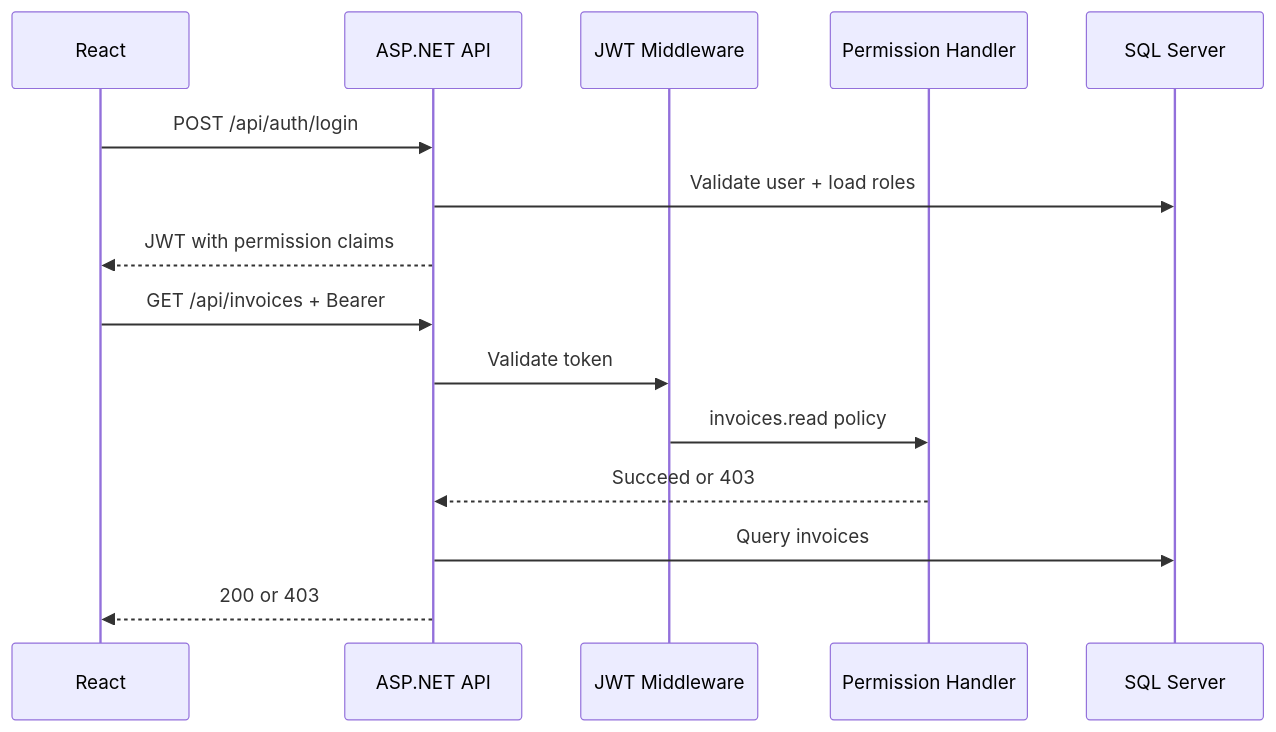
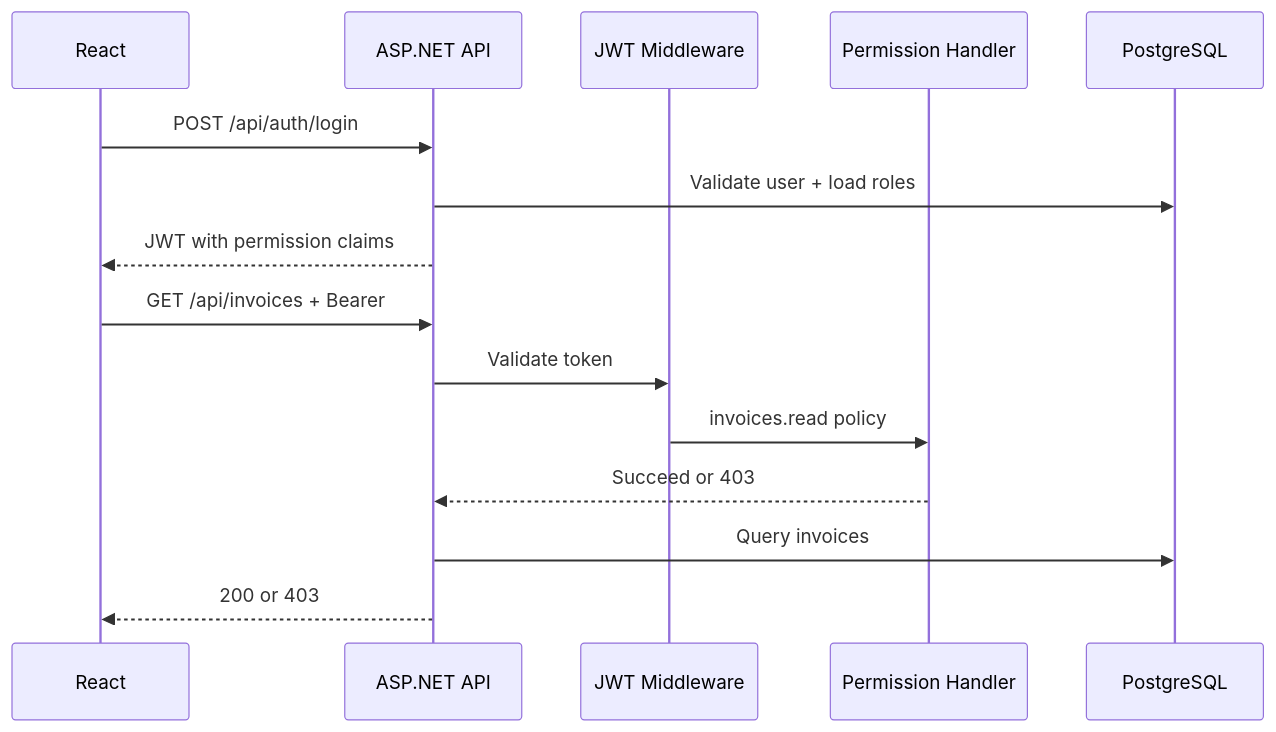
The second of 2 diagrams in docs/ARCHITECTURE.md (Harshad1732/AccessHub), drawn with Mermaid before and after one commit. The commit also changed 11 other files, not shown here.

First line of the commit message:
Switch database provider from SQL Server to PostgreSQL (Npgsql)

````diff
--- a/docs/ARCHITECTURE.md
+++ b/docs/ARCHITECTURE.md
@@ -24,18 +24,18 @@
 ```mermaid
 sequenceDiagram
     participant UI as React
     participant API as ASP.NET API
     participant Auth as JWT Middleware
     participant RBAC as Permission Handler
-    participant DB as SQL Server
+    participant DB as PostgreSQL
 
     UI->>API: POST /api/auth/login
     API->>DB: Validate user + load roles
     API-->>UI: JWT with permission claims
     UI->>API: GET /api/invoices + Bearer
     API->>Auth: Validate token
     Auth->>RBAC: invoices.read policy
     RBAC-->>API: Succeed or 403
     API->>DB: Query invoices
     API-->>UI: 200 or 403
 ```
````
